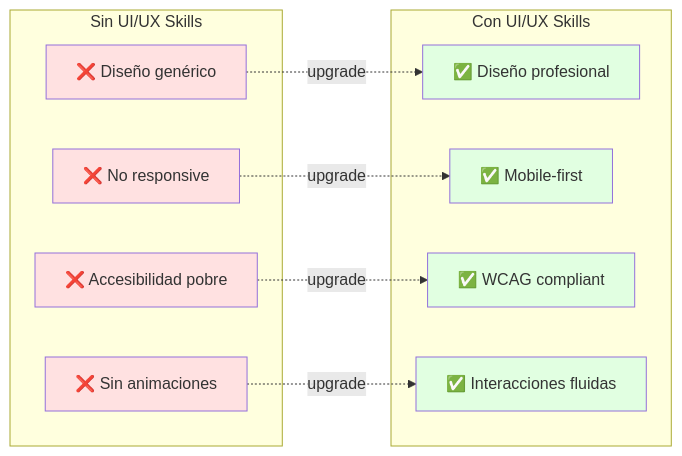
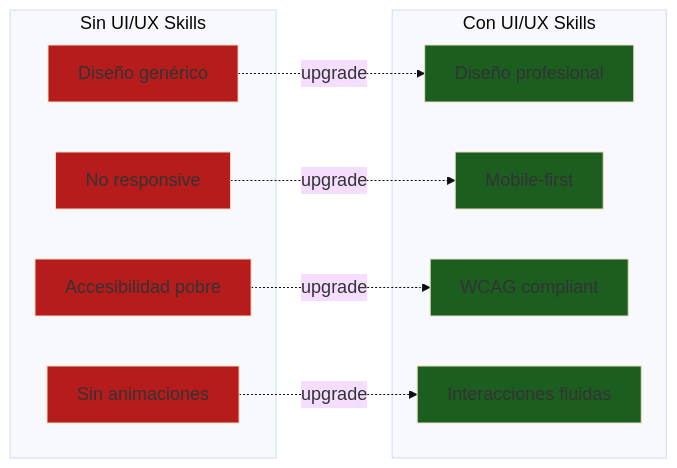
One commit to Ai-Whisperers/Courses-Content changed the second of 12 diagrams in courses/🟡-development/FPUNA-2026/01-DESARROLLO-SOFTWARE/especializaciones/web-development/04-diseno-ui-ux.md. Above: the diagram before and after it, drawn with Mermaid. The commit also changed other lines of this file and 47 other files, not shown here.

First line of the commit message:
fix: Make all 473 diagrams WCAG AAA accessible (FPUNA-2026)

````diff
--- a/courses/🟡-development/FPUNA-2026/01-DESARROLLO-SOFTWARE/especializaciones/web-development/04-diseno-ui-ux.md
+++ b/courses/🟡-development/FPUNA-2026/01-DESARROLLO-SOFTWARE/especializaciones/web-development/04-diseno-ui-ux.md
@@ -66,30 +67,31 @@
 ```mermaid
+%%{init: {'theme':'base', 'themeVariables': {'fontSize':'18px'}}}%%
 graph LR
     subgraph "Sin UI/UX Skills"
-        A1[❌ Diseño genérico]
-        A2[❌ No responsive]
-        A3[❌ Accesibilidad pobre]
-        A4[❌ Sin animaciones]
+        A1[Diseño genérico]
+        A2[No responsive]
+        A3[Accesibilidad pobre]
+        A4[Sin animaciones]
     end
     
     subgraph "Con UI/UX Skills"
-        B1[✅ Diseño profesional]
-        B2[✅ Mobile-first]
-        B3[✅ WCAG compliant]
-        B4[✅ Interacciones fluidas]
+        B1[Diseño profesional]
+        B2[Mobile-first]
+        B3[WCAG compliant]
+        B4[Interacciones fluidas]
     end
     
     A1 -.upgrade.-> B1
     A2 -.upgrade.-> B2
     A3 -.upgrade.-> B3
     A4 -.upgrade.-> B4
     
-    style A1 fill:#FFE1E1
-    style A2 fill:#FFE1E1
-    style A3 fill:#FFE1E1
-    style A4 fill:#FFE1E1
-    style B1 fill:#E1FFE1
-    style B2 fill:#E1FFE1
-    style B3 fill:#E1FFE1
-    style B4 fill:#E1FFE1
+    style A1 fill:#b71c1c
+    style A2 fill:#b71c1c
+    style A3 fill:#b71c1c
+    style A4 fill:#b71c1c
+    style B1 fill:#1b5e20
+    style B2 fill:#1b5e20
+    style B3 fill:#1b5e20
+    style B4 fill:#1b5e20
 ```
````
